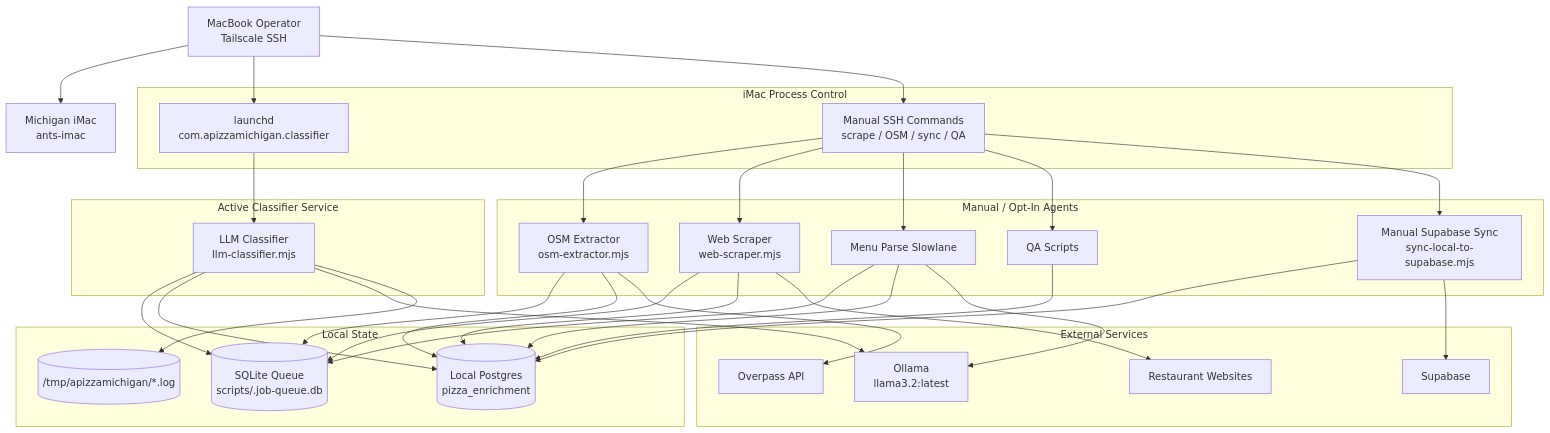
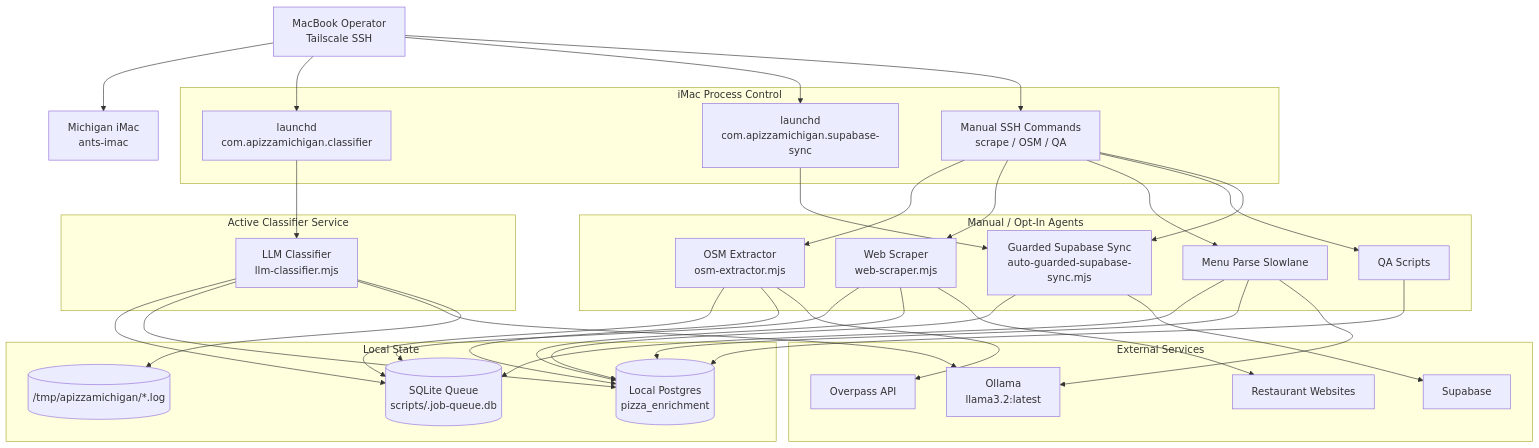
One commit to Antwohlf/apizzamichigan changed the diagram in docs/SYSTEM_DIAGRAM.md. Above: the diagram before and after it, drawn with Mermaid. The commit also changed other lines of this file and 8 other files, not shown here.

````diff
--- a/docs/SYSTEM_DIAGRAM.md
+++ b/docs/SYSTEM_DIAGRAM.md
@@ -5,61 +5,64 @@
 ```mermaid
 graph TD
     OP["MacBook Operator<br/>Tailscale SSH"] --> IMAC["Michigan iMac<br/>ants-imac"]
 
     subgraph "iMac Process Control"
         LAUNCHD["launchd<br/>com.apizzamichigan.classifier"]
-        MANUAL["Manual SSH Commands<br/>scrape / OSM / sync / QA"]
+        SYNC_SVC["launchd<br/>com.apizzamichigan.supabase-sync"]
+        MANUAL["Manual SSH Commands<br/>scrape / OSM / QA"]
     end
 
     subgraph "Active Classifier Service"
         CLS["LLM Classifier<br/>llm-classifier.mjs"]
     end
 
     subgraph "Manual / Opt-In Agents"
         OSM["OSM Extractor<br/>osm-extractor.mjs"]
         SCR["Web Scraper<br/>web-scraper.mjs"]
         MP["Menu Parse Slowlane"]
         QA["QA Scripts"]
-        SYNC["Manual Supabase Sync<br/>sync-local-to-supabase.mjs"]
+        SYNC["Guarded Supabase Sync<br/>auto-guarded-supabase-sync.mjs"]
     end
 
     subgraph "Local State"
         SQLITE[("SQLite Queue<br/>scripts/.job-queue.db")]
         PG[("Local Postgres<br/>pizza_enrichment")]
         LOGS[("/tmp/apizzamichigan/*.log")]
     end
 
     subgraph "External Services"
         OLLAMA["Ollama<br/>llama3.2:latest"]
         OVERPASS["Overpass API"]
         WEBSITES["Restaurant Websites"]
         SUPABASE["Supabase"]
     end
 
     OP --> LAUNCHD
+    OP --> SYNC_SVC
     OP --> MANUAL
     LAUNCHD --> CLS
+    SYNC_SVC --> SYNC
     CLS --> SQLITE
     CLS --> PG
     CLS --> OLLAMA
     CLS --> LOGS
 
     MANUAL --> OSM
     MANUAL --> SCR
     MANUAL --> MP
     MANUAL --> QA
     MANUAL --> SYNC
 
     OSM --> SQLITE
     OSM --> PG
     OSM --> OVERPASS
     SCR --> SQLITE
     SCR --> PG
     SCR --> WEBSITES
     MP --> SQLITE
     MP --> PG
     MP --> OLLAMA
     QA --> PG
     SYNC --> PG
     SYNC --> SUPABASE
 ```
````
